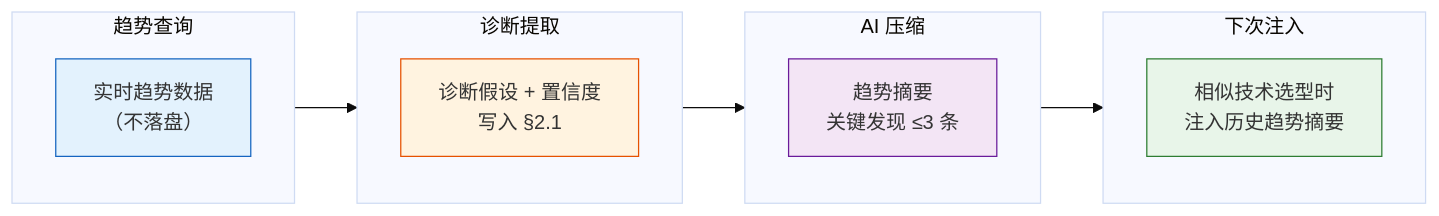
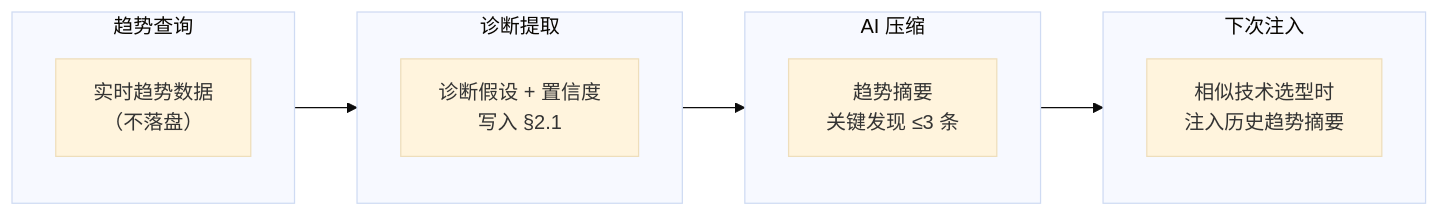
The fourth of 4 diagrams in skills/rui-trends/SKILL.md (effiy/YrY), drawn with Mermaid (base theme) before and after one commit. The commit also changed other lines of this file and 61 other files, not shown here.

````diff
--- a/skills/rui-trends/SKILL.md
+++ b/skills/rui-trends/SKILL.md
@@ -255,22 +245,18 @@
 ```mermaid
 flowchart LR
     subgraph 采集["趋势查询"]
         RAW["实时趋势数据<br/>（不落盘）"]:::data
     end
     subgraph 提取["诊断提取"]
         DIAG["诊断假设 + 置信度<br/>写入 §2.1"]:::diag
     end
     subgraph 压缩["AI 压缩"]
         COMP["趋势摘要<br/>关键发现 ≤3 条"]:::comp
     end
     subgraph 注入["下次注入"]
         INJ["相似技术选型时<br/>注入历史趋势摘要"]:::inj
     end
 
     采集 --> 提取 --> 压缩 --> 注入
 
-    classDef data fill:#e3f2fd,stroke:#1565c0;
-    classDef diag fill:#fff3e0,stroke:#e65100;
-    classDef comp fill:#f3e5f5,stroke:#6a1b9a;
-    classDef inj fill:#e8f5e9,stroke:#2e7d32;
 ```
````
